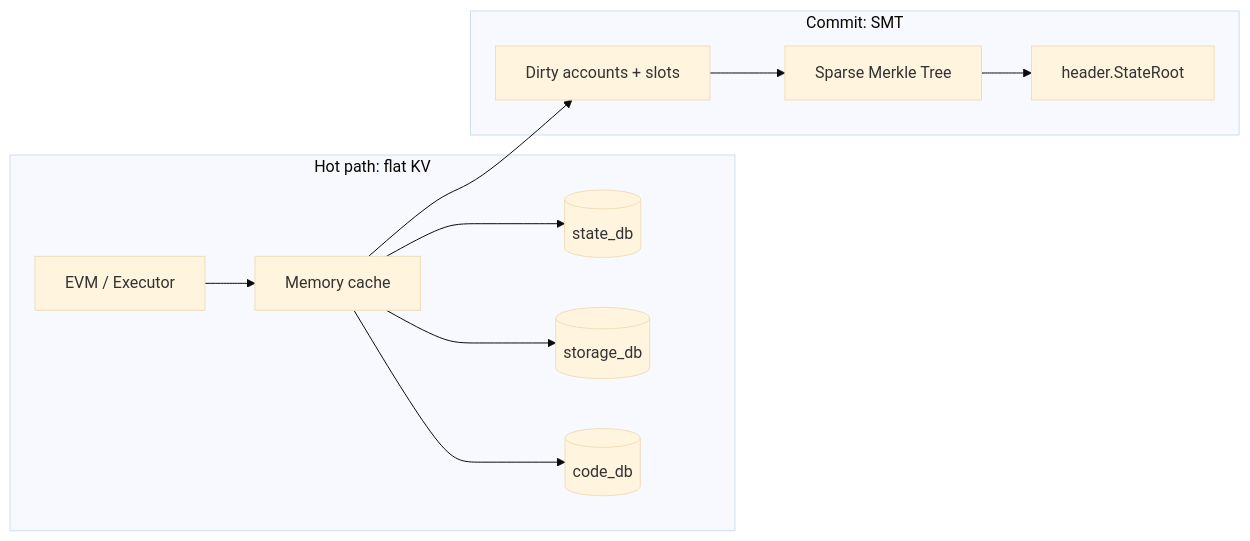
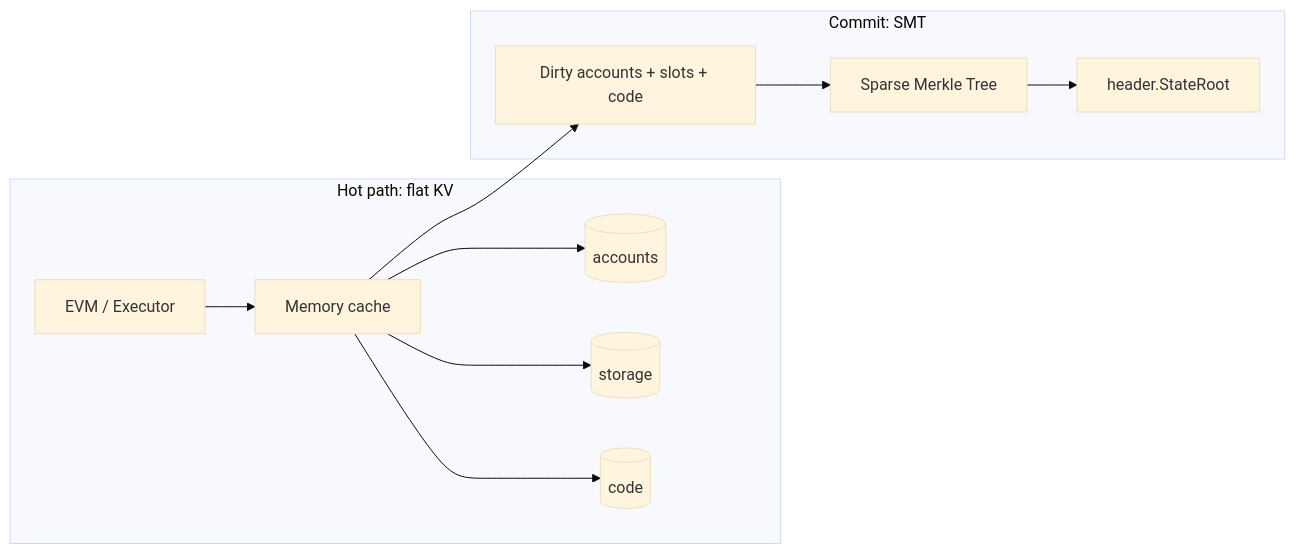
One commit to dewnetwork/dew changed the diagram in docs/protocol/state.md. Above: the diagram before and after it, drawn with Mermaid (base theme). The commit also changed other lines of this file and 13 other files, not shown here.

````diff
--- a/docs/protocol/state.md
+++ b/docs/protocol/state.md
@@ -36,14 +34,14 @@
 ```mermaid
 flowchart LR
   subgraph Hot["Hot path: flat KV"]
     EX[EVM / Executor] --> Cache[Memory cache]
-    Cache --> SDB[(state_db)]
-    Cache --> STDB[(storage_db)]
-    Cache --> CDB[(code_db)]
+    Cache --> SDB[(accounts)]
+    Cache --> STDB[(storage)]
+    Cache --> CDB[(code)]
   end
   subgraph Commit["Commit: SMT"]
-    Dirty[Dirty accounts + slots] --> SMT[Sparse Merkle Tree]
+    Dirty[Dirty accounts + slots + code] --> SMT[Sparse Merkle Tree]
     SMT --> Root[header.StateRoot]
   end
   Cache --> Dirty
 ```
````
